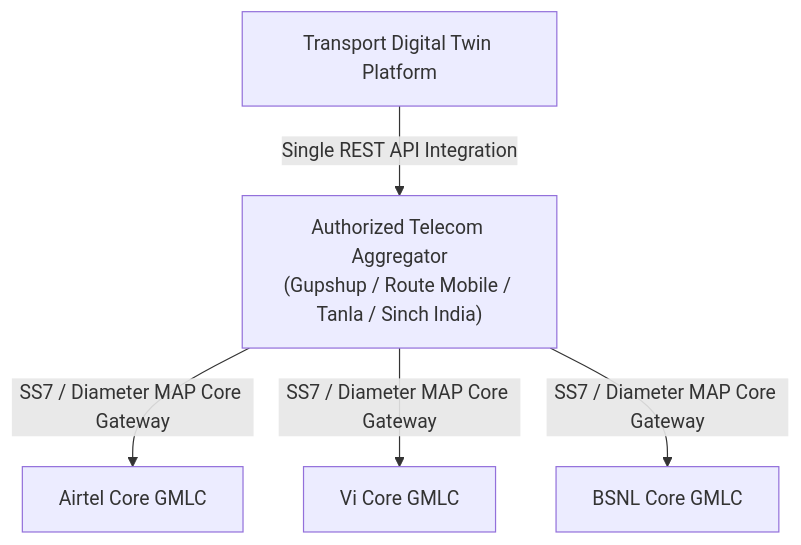
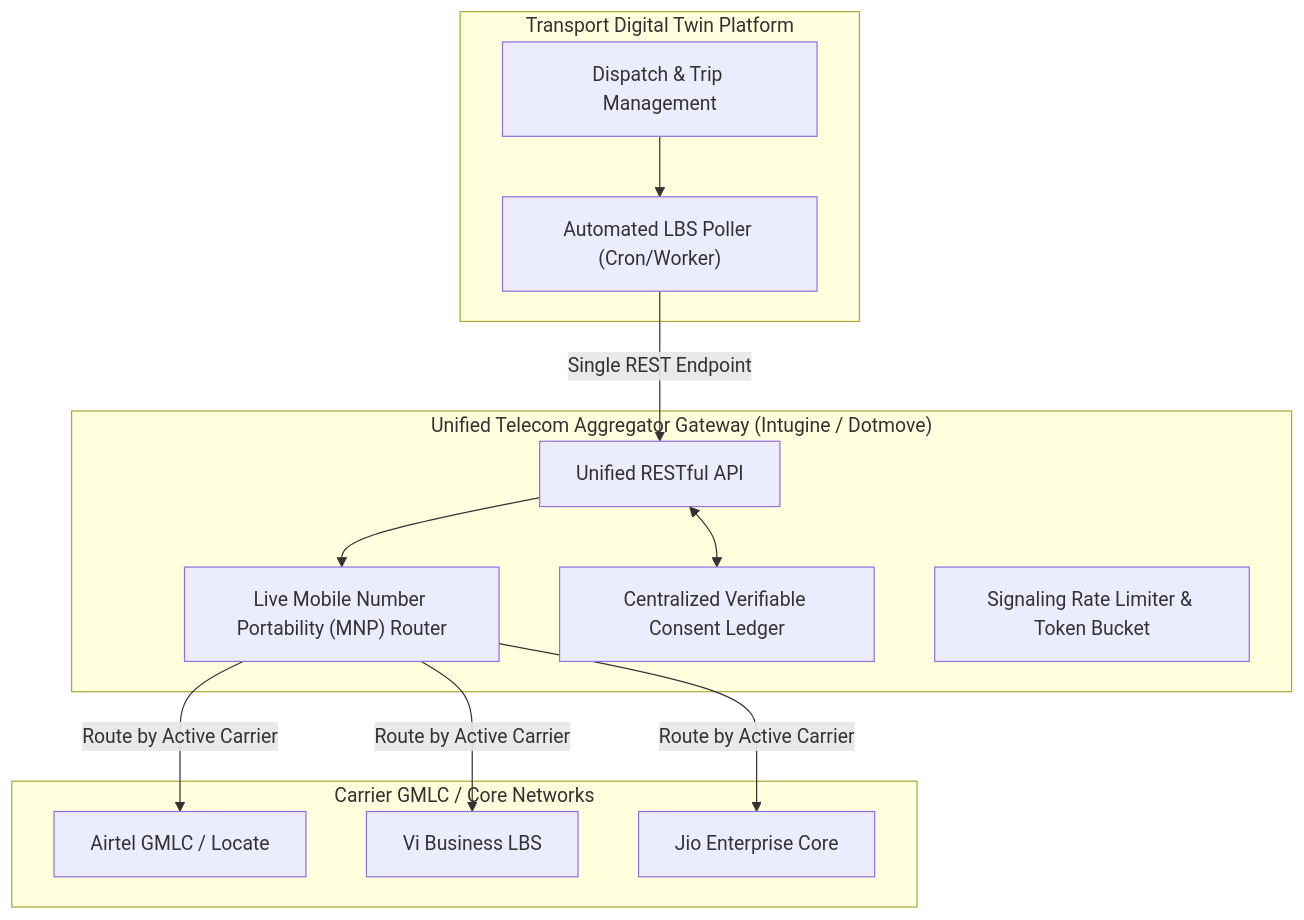
Before and after one commit to Suryaraj2211/Transport_Digital_Twin: the third of 4 diagrams in docs/23-Indian-Telecom-Operator-API-Feasibility.md, drawn with Mermaid. The commit also changed other lines of this file, not shown here.

````diff
--- a/docs/23-Indian-Telecom-Operator-API-Feasibility.md
+++ b/docs/23-Indian-Telecom-Operator-API-Feasibility.md
@@ -67,8 +119,28 @@
 ```mermaid
 graph TD
-    Startup["Transport Digital Twin Platform"] -->|Single REST API Integration| Aggregator["Authorized Telecom Aggregator<br/>(Gupshup / Route Mobile / Tanla / Sinch India)"]
-    
-    Aggregator -->|SS7 / Diameter MAP Core Gateway| Airtel["Airtel Core GMLC"]
-    Aggregator -->|SS7 / Diameter MAP Core Gateway| Vi["Vi Core GMLC"]
-    Aggregator -->|SS7 / Diameter MAP Core Gateway| BSNL["BSNL Core GMLC"]
+    subgraph OurPlatform["Transport Digital Twin Platform"]
+        TMS["Dispatch & Trip Management"]
+        Polling["Automated LBS Poller (Cron/Worker)"]
+    end
+
+    subgraph Aggregator["Unified Telecom Aggregator Gateway (Intugine / Dotmove)"]
+        API["Unified RESTful API"]
+        MNP["Live Mobile Number Portability (MNP) Router"]
+        ConsentDB["Centralized Verifiable Consent Ledger"]
+        RateLimiter["Signaling Rate Limiter & Token Bucket"]
+    end
+
+    subgraph CarrierGMLC["Carrier GMLC / Core Networks"]
+        AirtelGMLC["Airtel GMLC / Locate"]
+        ViGMLC["Vi Business LBS"]
+        JioGMLC["Jio Enterprise Core"]
+    end
+
+    TMS --> Polling
+    Polling -->|Single REST Endpoint| API
+    API --> MNP
+    MNP -->|Route by Active Carrier| AirtelGMLC
+    MNP -->|Route by Active Carrier| ViGMLC
+    MNP -->|Route by Active Carrier| JioGMLC
+    API <--> ConsentDB
 ```
````
